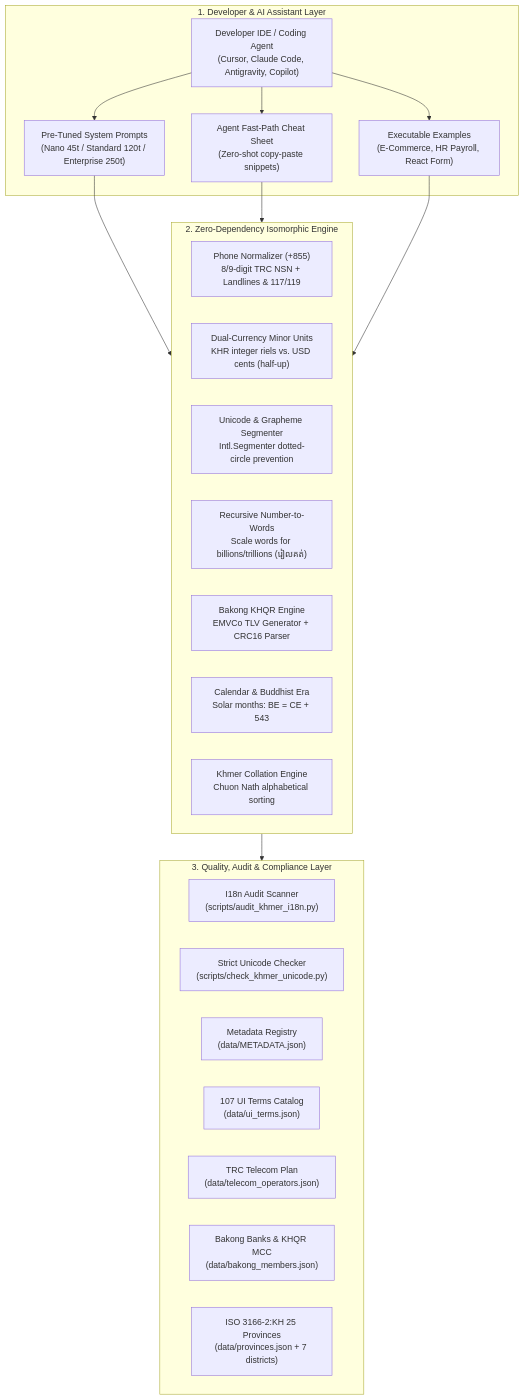
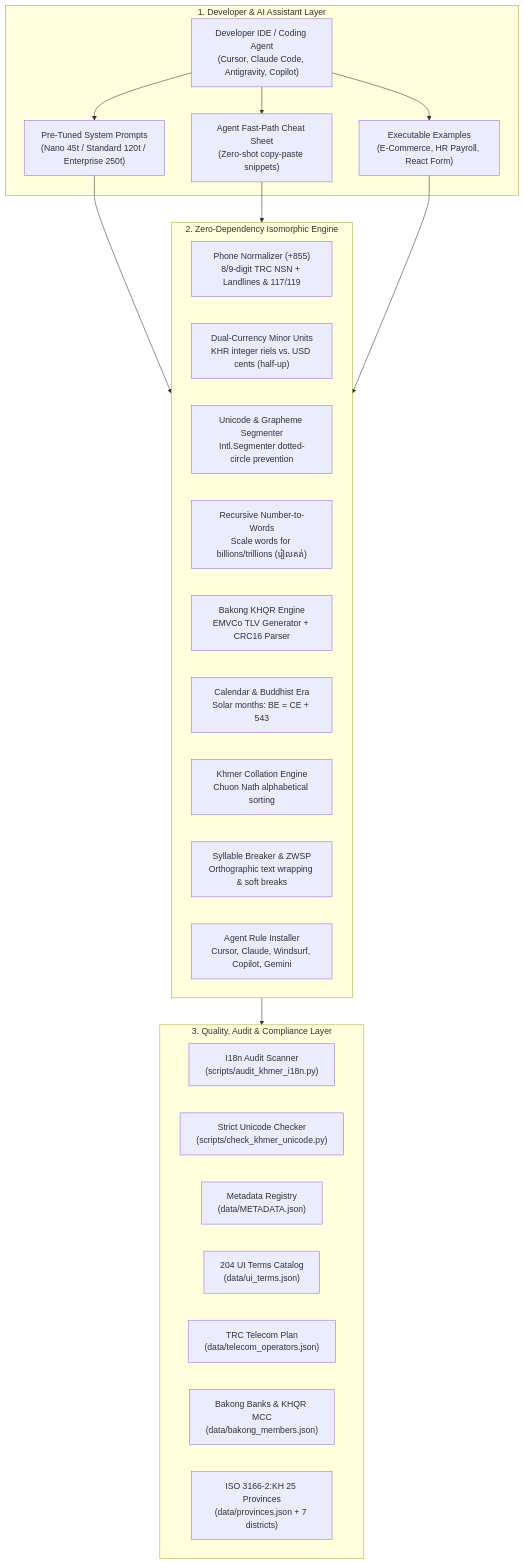
One commit to Chhunsour/khmer-localization changed the diagram in README.md. Above: the diagram before and after it, drawn with Mermaid. The commit also changed other lines of this file and 15 other files, not shown here.

Commit message:
feat: expand UI dictionary to 204 terms, add syllable breaker & ZWSP injection, and automated agent rule installer

````diff
--- a/README.md
+++ b/README.md
@@ -39,37 +39,39 @@
 ```mermaid
 flowchart TD
     subgraph Layer1["1. Developer & AI Assistant Layer"]
         IDE["Developer IDE / Coding Agent<br>(Cursor, Claude Code, Antigravity, Copilot)"]
         PROMPT["Pre-Tuned System Prompts<br>(Nano 45t / Standard 120t / Enterprise 250t)"]
         FASTPATH["Agent Fast-Path Cheat Sheet<br>(Zero-shot copy-paste snippets)"]
         EXAMPLES["Executable Examples<br>(E-Commerce, HR Payroll, React Form)"]
     end
 
     subgraph Layer2["2. Zero-Dependency Isomorphic Engine"]
         PHONE["Phone Normalizer (+855)<br>8/9-digit TRC NSN + Landlines & 117/119"]
         CURR["Dual-Currency Minor Units<br>KHR integer riels vs. USD cents (half-up)"]
         UNICODE["Unicode & Grapheme Segmenter<br>Intl.Segmenter dotted-circle prevention"]
         WORDS["Recursive Number-to-Words<br>Scale words for billions/trillions (រៀលគត់)"]
         KHQR["Bakong KHQR Engine<br>EMVCo TLV Generator + CRC16 Parser"]
         CALENDAR["Calendar & Buddhist Era<br>Solar months: BE = CE + 543"]
         COLLATION["Khmer Collation Engine<br>Chuon Nath alphabetical sorting"]
+        BREAK["Syllable Breaker & ZWSP<br>Orthographic text wrapping & soft breaks"]
+        RULES["Agent Rule Installer<br>Cursor, Claude, Windsurf, Copilot, Gemini"]
     end
 
     subgraph Layer3["3. Quality, Audit & Compliance Layer"]
         AUDIT["I18n Audit Scanner<br>(scripts/audit_khmer_i18n.py)"]
         UNICODE_CHECK["Strict Unicode Checker<br>(scripts/check_khmer_unicode.py)"]
         METADATA["Metadata Registry<br>(data/METADATA.json)"]
-        UI_TERMS["107 UI Terms Catalog<br>(data/ui_terms.json)"]
+        UI_TERMS["204 UI Terms Catalog<br>(data/ui_terms.json)"]
         TRC_DATA["TRC Telecom Plan<br>(data/telecom_operators.json)"]
         NBC_DATA["Bakong Banks & KHQR MCC<br>(data/bakong_members.json)"]
         ADMIN_DATA["ISO 3166-2:KH 25 Provinces<br>(data/provinces.json + 7 districts)"]
     end
 
     IDE --> PROMPT
     IDE --> FASTPATH
     IDE --> EXAMPLES
     PROMPT --> Layer2
     FASTPATH --> Layer2
     EXAMPLES --> Layer2
     Layer2 --> Layer3
 ```
````
